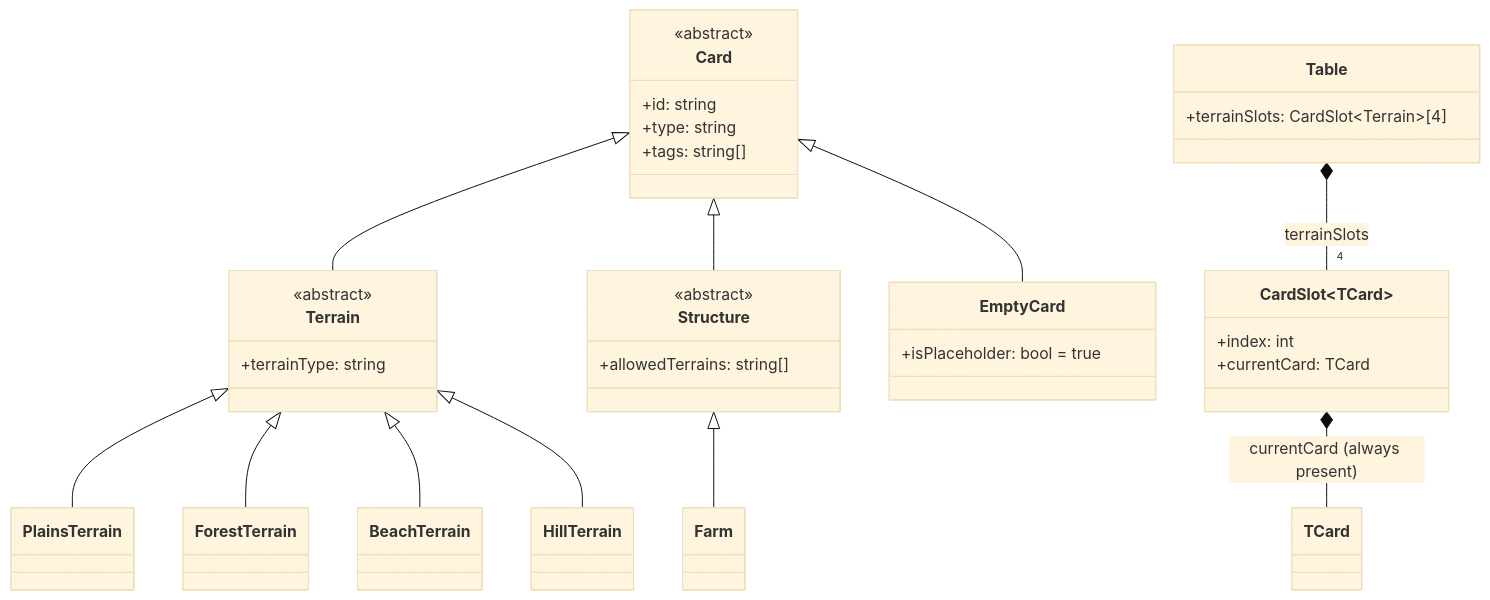
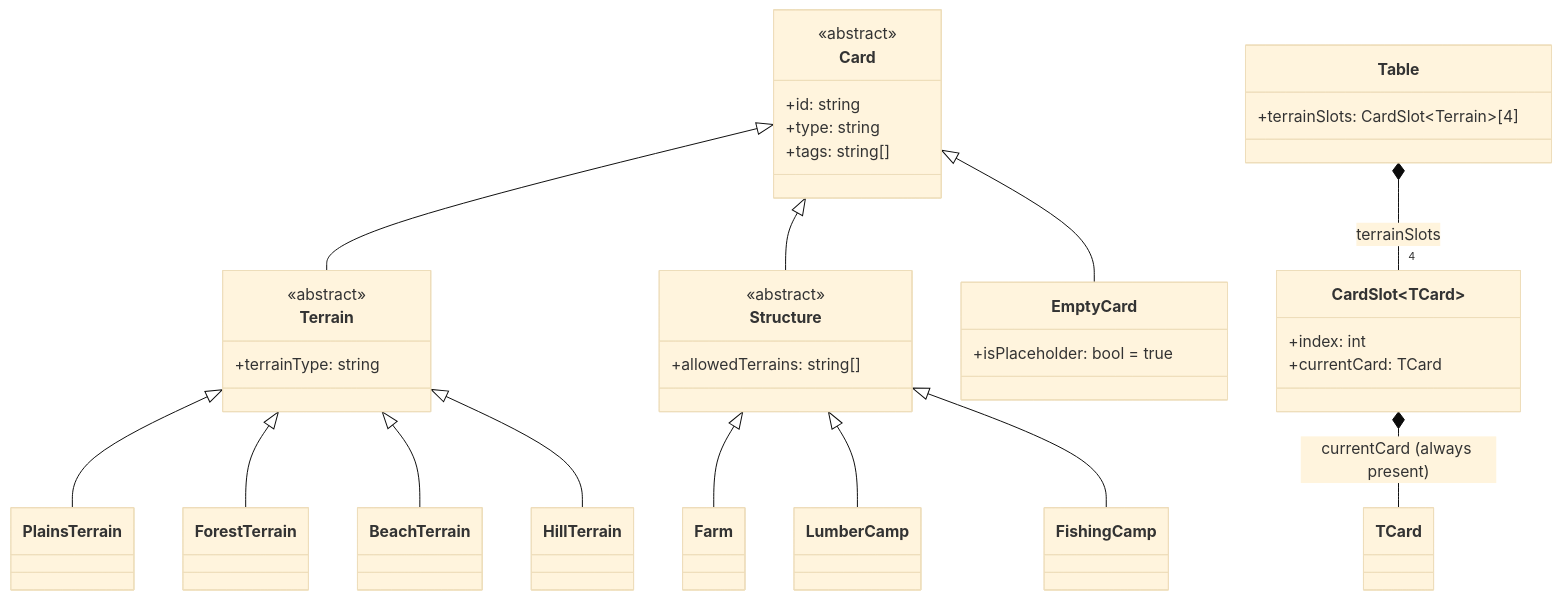
The first of 2 diagrams in StrategyGame/data-structure.md (AJosephsen/gfxer), drawn with Mermaid (base theme) before and after one commit. The commit also changed other lines of this file, not shown here.

Commit message:
docs: add lumber and fishing camps as structure subtypes

````diff
--- a/StrategyGame/data-structure.md
+++ b/StrategyGame/data-structure.md
@@ -17,50 +17,54 @@
 ```mermaid
 classDiagram
     class Card {
         <<abstract>>
         +id: string
         +type: string
         +tags: string[]
     }
 
     class Terrain {
         <<abstract>>
         +terrainType: string
     }
 
     class Structure {
         <<abstract>>
         +allowedTerrains: string[]
     }
 
     class Farm
+    class LumberCamp
+    class FishingCamp
 
     class PlainsTerrain
     class ForestTerrain
     class BeachTerrain
     class HillTerrain
 
     class EmptyCard {
         +isPlaceholder: bool = true
     }
 
     class CardSlot~TCard~ {
         +index: int
         +currentCard: TCard
     }
 
     class Table {
         +terrainSlots: CardSlot~Terrain~[4]
     }
 
     Card <|-- EmptyCard
     Card <|-- Terrain
     Card <|-- Structure
     Structure <|-- Farm
+    Structure <|-- LumberCamp
+    Structure <|-- FishingCamp
     Terrain <|-- PlainsTerrain
     Terrain <|-- ForestTerrain
     Terrain <|-- BeachTerrain
     Terrain <|-- HillTerrain
     CardSlot~TCard~ *-- TCard : currentCard (always present)
     Table *-- "4" CardSlot~Terrain~ : terrainSlots
 ```
````
